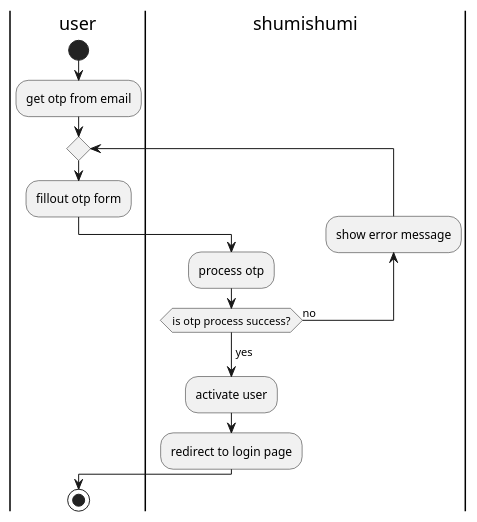
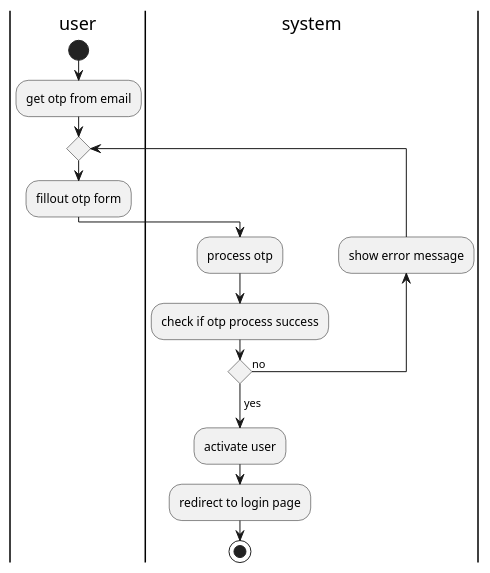
The diagram in uml/activity diagram/2. activate.pu (aldihsuhandi/skripsi-2023), drawn with PlantUML before and after one commit. The commit also changed 19 other files, not shown here.

Commit message:
progress uml

```diff
--- a/uml/activity diagram/2. activate.pu
+++ b/uml/activity diagram/2. activate.pu
@@ -1,18 +1,18 @@
 @startuml activate user
 
 |user|
 start
 :get otp from email;
 repeat 
 :fillout otp form;
-|shumishumi|
+|system|
 :process otp;
+:check if otp process success;
 backward:show error message;
-repeat while(is otp process success?) is (no)
+repeat while() is (no)
 -> yes;
 :activate user;
 :redirect to login page;
-|user|
 stop
 
 @enduml
```
